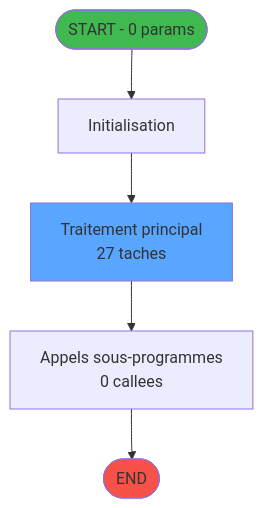
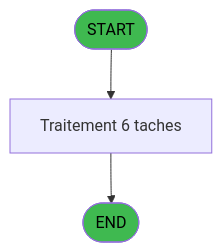
Before and after one commit to thonyAGP/magic-migration: the first of 3 diagrams in .openspec/specs/ADH-IDE-170.md, drawn with Mermaid. The commit also changed other lines of this file and 311 other files, not shown here.

````diff
--- a/.openspec/specs/ADH-IDE-170.md
+++ b/.openspec/specs/ADH-IDE-170.md
@@ -93,14 +169,9 @@
 ```mermaid
 flowchart TD
-    START([START - 0 params])
-    INIT["Initialisation"]
-    PROCESS["Traitement principal<br/>27 taches"]
-    CALLS["Appels sous-programmes<br/>0 callees"]
+    START([START])
+    PROCESS[Traitement 6 taches]
     ENDOK([END])
-
-    START --> INIT --> PROCESS --> CALLS --> ENDOK
-
-    style START fill:#3fb950
-    style ENDOK fill:#f85149
-    style PROCESS fill:#58a6ff
+    START --> PROCESS --> ENDOK
+    style START fill:#3fb950,color:#000
+    style ENDOK fill:#3fb950,color:#000
 ```
````
